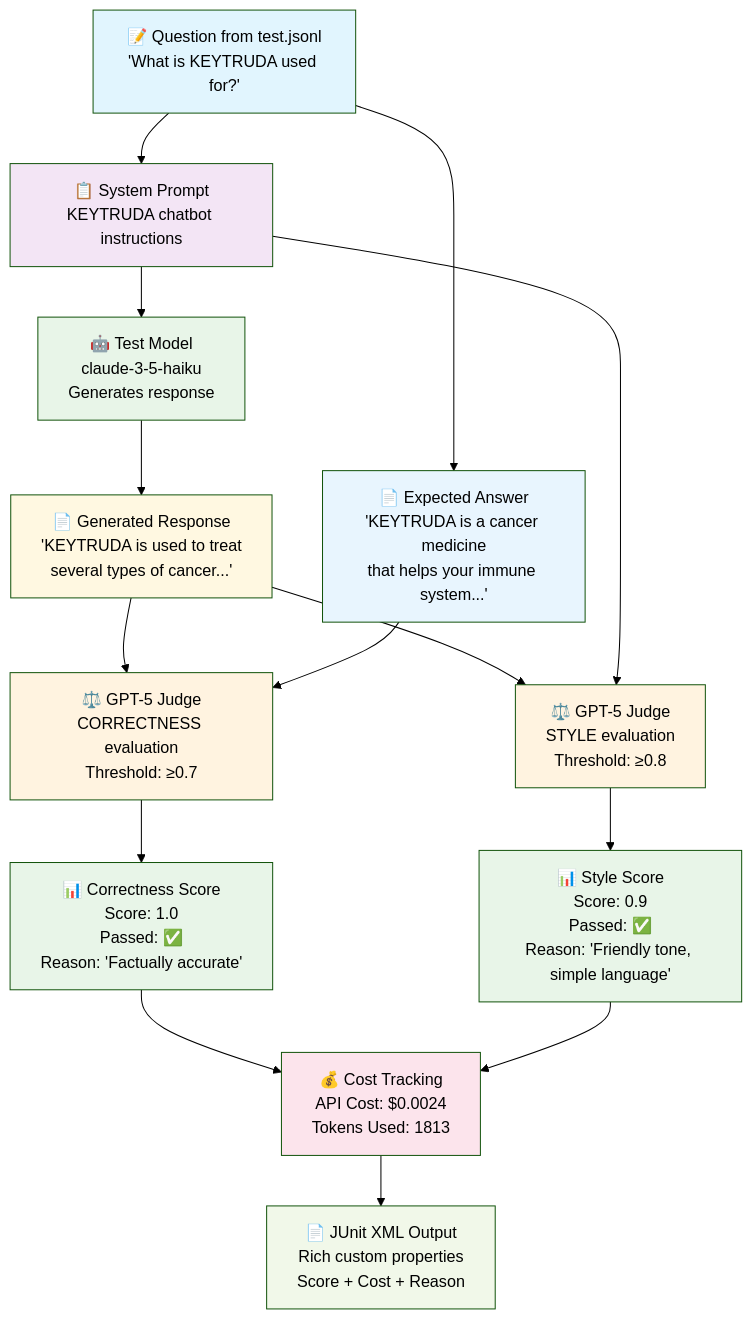
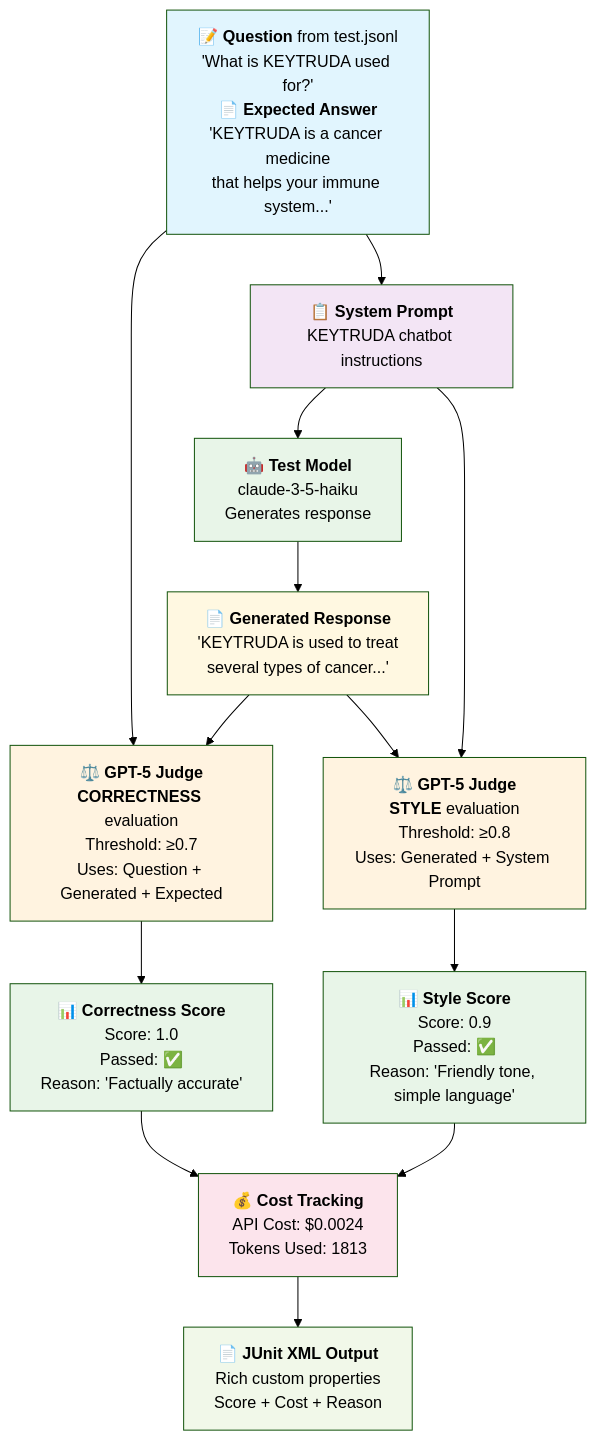
One commit to ProtopiaTech/llm-as-a-judge changed the diagram in README.md. Above: the diagram before and after it, drawn with Mermaid (forest theme). The commit also changed other lines of this file and 1 other file, not shown here.

Commit message:
Update LLM evaluation workflow to refine test case identifiers and enhance README documentation for clarity

````diff
--- a/README.md
+++ b/README.md
@@ -19,36 +19,34 @@
 ```mermaid
 graph TD
-    A[📝 Question from test.jsonl<br/>'What is KEYTRUDA used for?'] --> B[📋 System Prompt<br/>KEYTRUDA chatbot instructions]
+    A[📝 <b>Question</b> from test.jsonl<br/>'What is KEYTRUDA used for?'<br/>📄 <b>Expected Answer</b><br/>'KEYTRUDA is a cancer medicine<br/>that helps your immune system...'] --> B[📋 <b>System Prompt</b><br/>KEYTRUDA chatbot instructions]
 
-    B --> C[🤖 Test Model<br/>claude-3-5-haiku<br/>Generates response]
+    B --> C[🤖 <b>Test Model</b><br/>claude-3-5-haiku<br/>Generates response]
 
-    C --> D[📄 Generated Response<br/>'KEYTRUDA is used to treat<br/>several types of cancer...']
+    C --> D[📄 <b>Generated Response</b><br/>'KEYTRUDA is used to treat<br/>several types of cancer...']
 
-    D --> E[⚖️ GPT-5 Judge<br/>CORRECTNESS evaluation<br/>Threshold: ≥0.7]
-    D --> F[⚖️ GPT-5 Judge<br/>STYLE evaluation<br/>Threshold: ≥0.8]
+    A --> E[⚖️ <b>GPT-5 Judge</b><br/><b>CORRECTNESS</b> evaluation<br/>Threshold: ≥0.7<br/>Uses: Question + Generated + Expected]
+    D --> E
 
-    A --> G[📄 Expected Answer<br/>'KEYTRUDA is a cancer medicine<br/>that helps your immune system...']
+    E --> H[📊 <b>Correctness Score</b><br/>Score: 1.0<br/>Passed: ✅<br/>Reason: 'Factually accurate']
 
-    G --> E
+    D --> F[⚖️ <b>GPT-5 Judge</b><br/><b>STYLE</b> evaluation<br/>Threshold: ≥0.8<br/>Uses: Generated + System Prompt]
     B --> F
 
-    E --> H[📊 Correctness Score<br/>Score: 1.0<br/>Passed: ✅<br/>Reason: 'Factually accurate']
-    F --> I[📊 Style Score<br/>Score: 0.9<br/>Passed: ✅<br/>Reason: 'Friendly tone, simple language']
+    F --> I[📊 <b>Style Score</b><br/>Score: 0.9<br/>Passed: ✅<br/>Reason: 'Friendly tone, simple language']
 
-    H --> J[💰 Cost Tracking<br/>API Cost: $0.0024<br/>Tokens Used: 1813]
+    H --> J[💰 <b>Cost Tracking</b><br/>API Cost: $0.0024<br/>Tokens Used: 1813]
     I --> J
 
-    J --> K[📄 JUnit XML Output<br/>Rich custom properties<br/>Score + Cost + Reason]
+    J --> K[📄 <b>JUnit XML Output</b><br/>Rich custom properties<br/>Score + Cost + Reason]
 
     style A fill:#e1f5fe
     style B fill:#f3e5f5
     style C fill:#e8f5e8
     style D fill:#fff8e1
     style E fill:#fff3e0
     style F fill:#fff3e0
-    style G fill:#e8f5fe
     style H fill:#e8f5e8
     style I fill:#e8f5e8
     style J fill:#fce4ec
     style K fill:#f1f8e9
 ```
````
